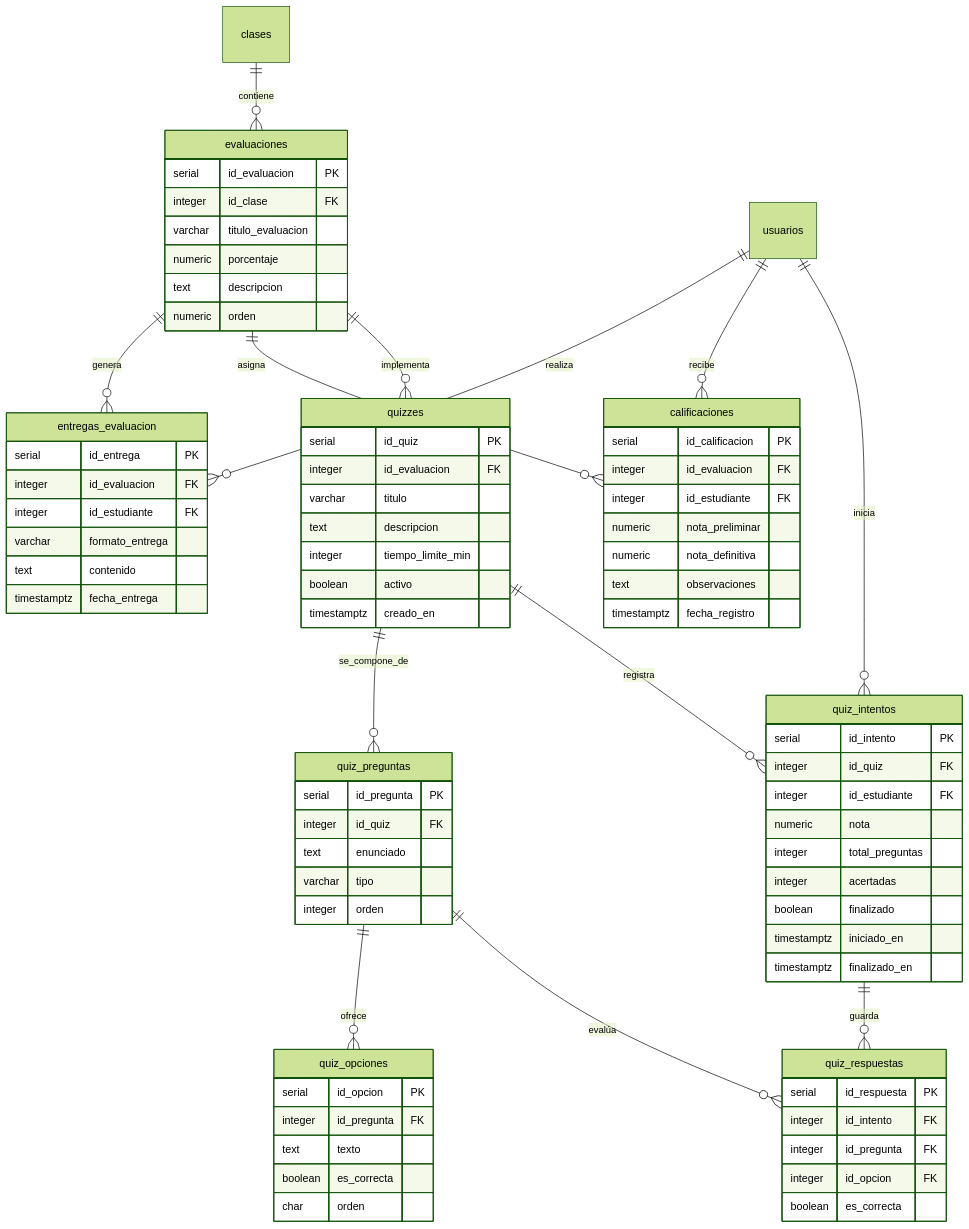
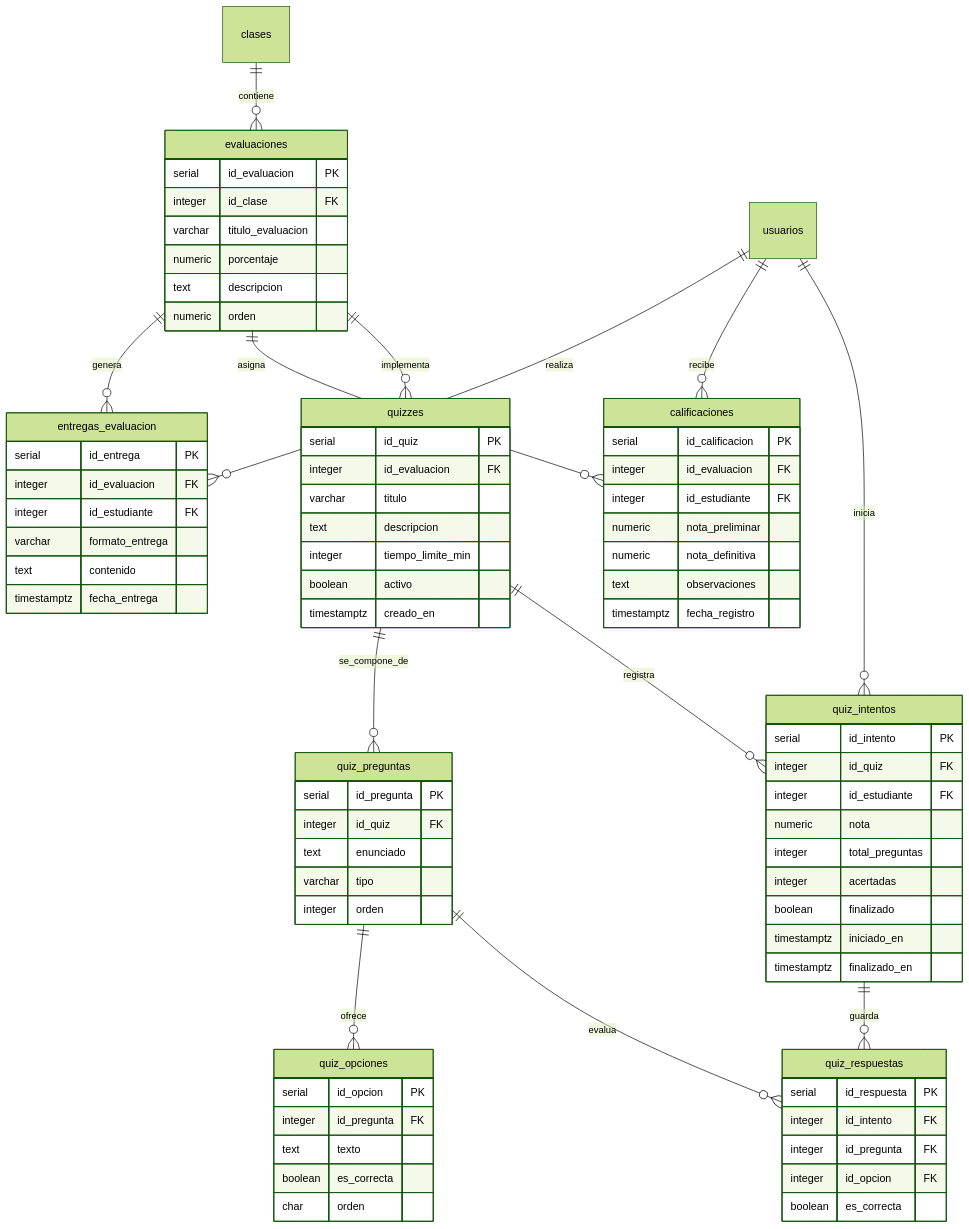
Before and after one commit to Hector-dev/Plataforma_Educativa_Cacique_Tamanaco: the fifth of 28 diagrams in docs/DIAGRAMAS.md, drawn with Mermaid (forest theme). The commit also changed other lines of this file and 1 other file, not shown here.

Commit message:
docs: arreglar render en GitHub y dividir diagramas de componentes por componente

````diff
--- a/docs/DIAGRAMAS.md
+++ b/docs/DIAGRAMAS.md
@@ -177,82 +177,82 @@
 ```mermaid
 erDiagram
     clases ||--o{ evaluaciones : "contiene"
     evaluaciones ||--o{ entregas_evaluacion : "genera"
     evaluaciones ||--o{ calificaciones : "asigna"
     evaluaciones ||--o{ quizzes : "implementa"
     usuarios ||--o{ entregas_evaluacion : "realiza"
     usuarios ||--o{ calificaciones : "recibe"
     quizzes ||--o{ quiz_preguntas : "se_compone_de"
     quiz_preguntas ||--o{ quiz_opciones : "ofrece"
     quizzes ||--o{ quiz_intentos : "registra"
     usuarios ||--o{ quiz_intentos : "inicia"
     quiz_intentos ||--o{ quiz_respuestas : "guarda"
-    quiz_preguntas ||--o{ quiz_respuestas : "evalúa"
+    quiz_preguntas ||--o{ quiz_respuestas : "evalua"
 
     evaluaciones {
         serial id_evaluacion PK
         integer id_clase FK
         varchar titulo_evaluacion
         numeric porcentaje
         text descripcion
         numeric orden
     }
     entregas_evaluacion {
         serial id_entrega PK
         integer id_evaluacion FK
         integer id_estudiante FK
         varchar formato_entrega
         text contenido
         timestamptz fecha_entrega
     }
     calificaciones {
         serial id_calificacion PK
         integer id_evaluacion FK
         integer id_estudiante FK
         numeric nota_preliminar
         numeric nota_definitiva
         text observaciones
         timestamptz fecha_registro
     }
     quizzes {
         serial id_quiz PK
         integer id_evaluacion FK
         varchar titulo
         text descripcion
         integer tiempo_limite_min
         boolean activo
         timestamptz creado_en
     }
     quiz_preguntas {
         serial id_pregunta PK
         integer id_quiz FK
         text enunciado
         varchar tipo
         integer orden
     }
     quiz_opciones {
         serial id_opcion PK
         integer id_pregunta FK
         text texto
         boolean es_correcta
         char orden
     }
     quiz_intentos {
         serial id_intento PK
         integer id_quiz FK
         integer id_estudiante FK
         numeric nota
         integer total_preguntas
         integer acertadas
         boolean finalizado
         timestamptz iniciado_en
         timestamptz finalizado_en
     }
     quiz_respuestas {
         serial id_respuesta PK
         integer id_intento FK
         integer id_pregunta FK
         integer id_opcion FK
         boolean es_correcta
     }
 ```
````
